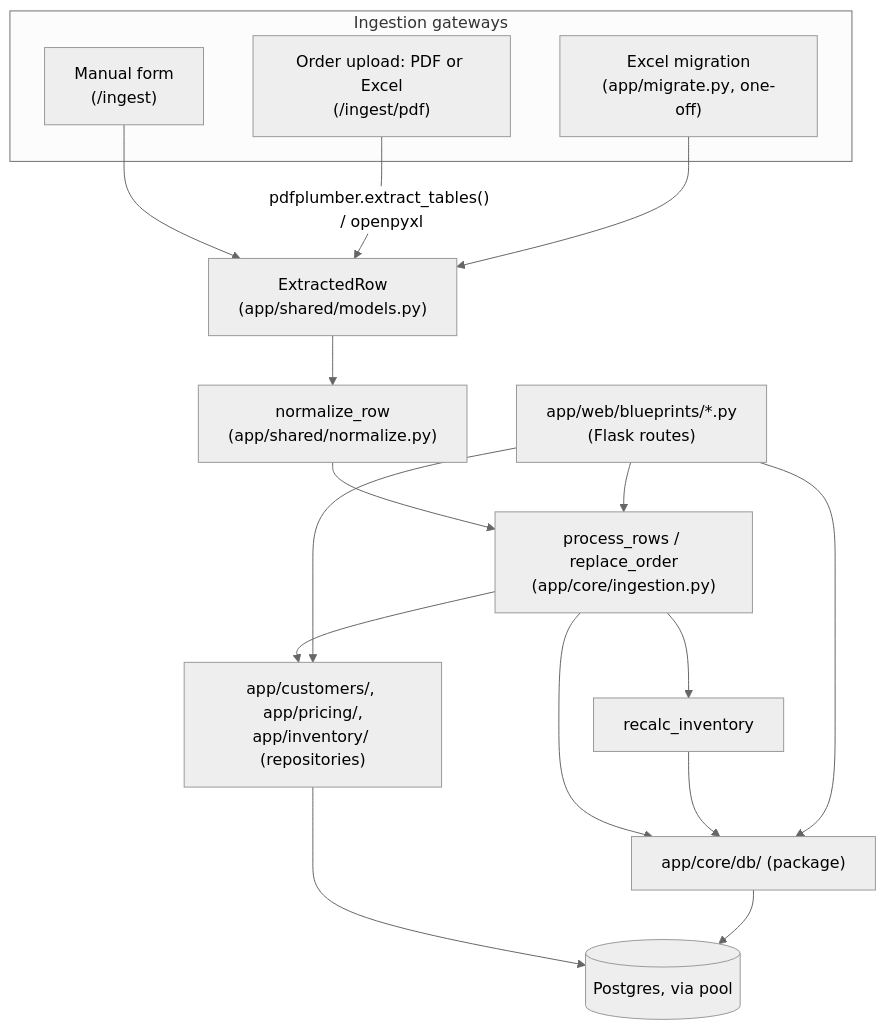
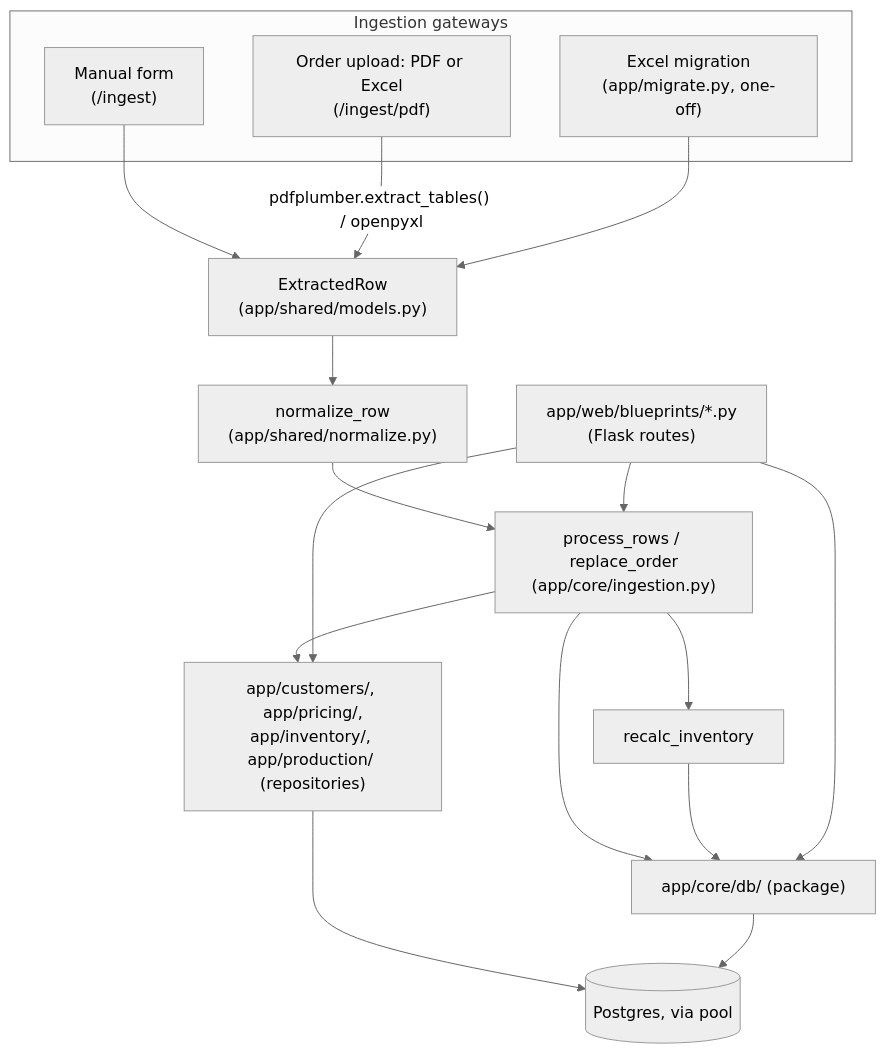
Before and after one commit to nickkmm/plates: the first of 2 diagrams in docs/ARCHITECTURE.md, drawn with Mermaid (neutral theme). The commit also changed other lines of this file and 6 other files, not shown here.

````diff
--- a/docs/ARCHITECTURE.md
+++ b/docs/ARCHITECTURE.md
@@ -11,23 +11,23 @@
 ```mermaid
 flowchart TD
     subgraph Gateways["Ingestion gateways"]
         M["Manual form<br/>(/ingest)"]
         PDF["Order upload: PDF or Excel<br/>(/ingest/pdf)"]
         MIG["Excel migration<br/>(app/migrate.py, one-off)"]
     end
     M --> ER["ExtractedRow<br/>(app/shared/models.py)"]
     PDF -->|"pdfplumber.extract_tables() / openpyxl"| ER
     MIG --> ER
     ER --> NORM["normalize_row<br/>(app/shared/normalize.py)"]
     NORM --> PROC["process_rows / replace_order<br/>(app/core/ingestion.py)"]
     PROC --> DBL["app/core/db/ (package)"]
-    PROC --> DOM["app/customers/, app/pricing/,<br/>app/inventory/ (repositories)"]
+    PROC --> DOM["app/customers/, app/pricing/,<br/>app/inventory/, app/production/ (repositories)"]
     DOM --> PG
     DBL --> PG[(Postgres, via pool)]
     PROC --> INV[recalc_inventory]
     INV --> DBL
 
     WEB["app/web/blueprints/*.py<br/>(Flask routes)"] --> PROC
     WEB --> DBL
     WEB --> DOM
 ```
````
